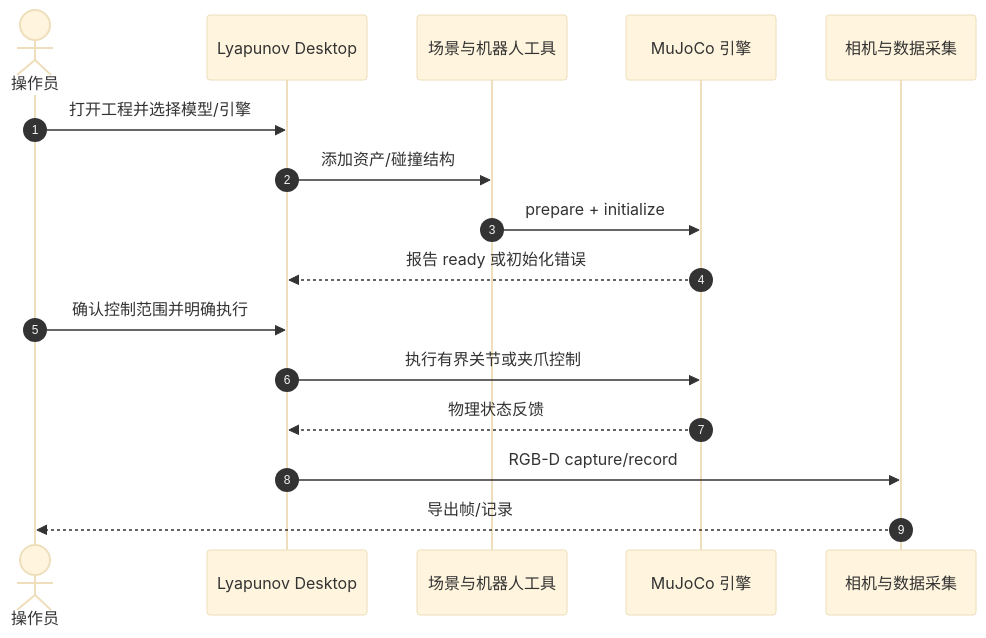
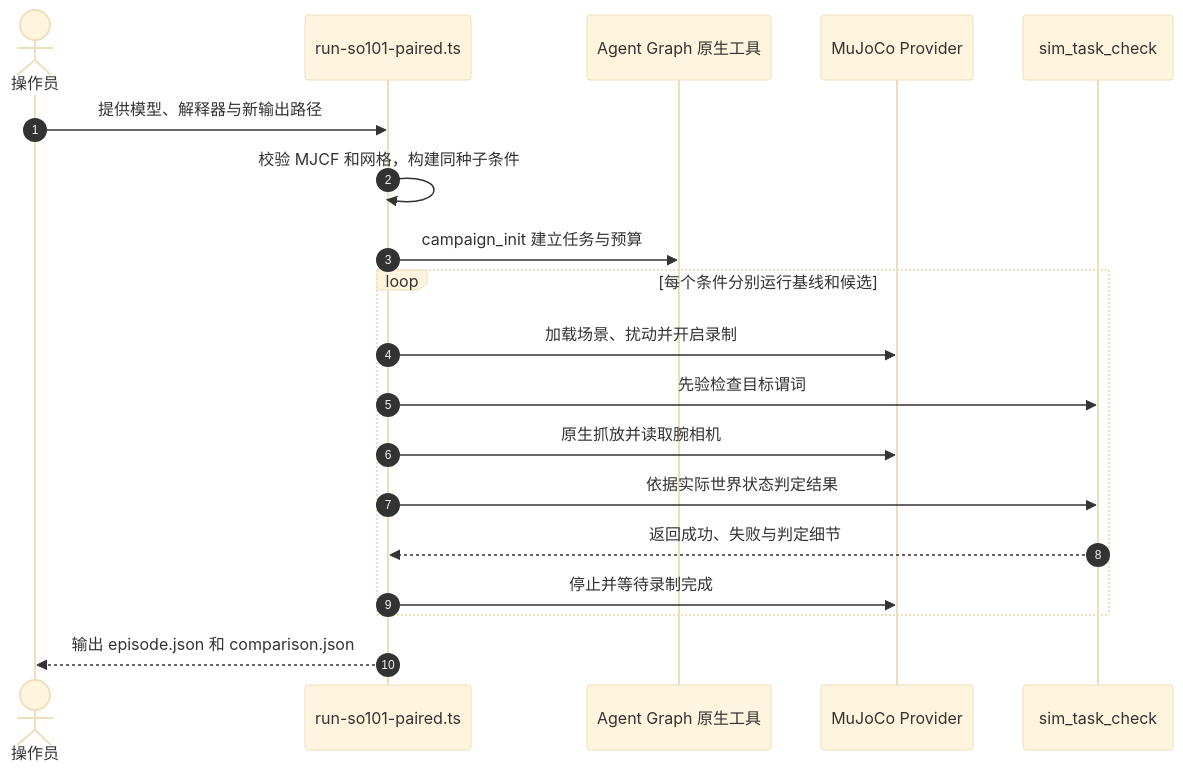
Before and after one commit to ImChong/Robotics_Notebooks: the second of 2 diagrams in wiki/entities/lyapunov-vorynel.md, drawn with Mermaid (base theme). The commit also changed other lines of this file and 29 other files, not shown here.

````diff
--- a/wiki/entities/lyapunov-vorynel.md
+++ b/wiki/entities/lyapunov-vorynel.md
@@ -66,18 +77,21 @@
 ```mermaid
 sequenceDiagram
   autonumber
   actor User as 操作员
-  participant Desk as Lyapunov Desktop
-  participant Scene as 场景与机器人工具
-  participant Engine as MuJoCo 引擎
-  participant Camera as 相机与数据采集
-  User->>Desk: 打开工程并选择模型/引擎
-  Desk->>Scene: 添加资产/碰撞结构
-  Scene->>Engine: prepare + initialize
-  Engine-->>Desk: 报告 ready 或初始化错误
-  User->>Desk: 确认控制范围并明确执行
-  Desk->>Engine: 执行有界关节或夹爪控制
-  Engine-->>Desk: 物理状态反馈
-  Desk->>Camera: RGB-D capture/record
-  Camera-->>User: 导出帧/记录
+  participant Run as run-so101-paired.ts
+  participant Graph as Agent Graph 原生工具
+  participant Sim as MuJoCo Provider
+  participant Check as sim_task_check
+  User->>Run: 提供模型、解释器与新输出路径
+  Run->>Run: 校验 MJCF 和网格，构建同种子条件
+  Run->>Graph: campaign_init 建立任务与预算
+  loop 每个条件分别运行基线和候选
+    Run->>Sim: 加载场景、扰动并开启录制
+    Run->>Check: 先验检查目标谓词
+    Run->>Sim: 原生抓放并读取腕相机
+    Run->>Check: 依据实际世界状态判定结果
+    Check-->>Run: 返回成功、失败与判定细节
+    Run->>Sim: 停止并等待录制完成
+  end
+  Run-->>User: 输出 episode.json 和 comparison.json
 ```
````
